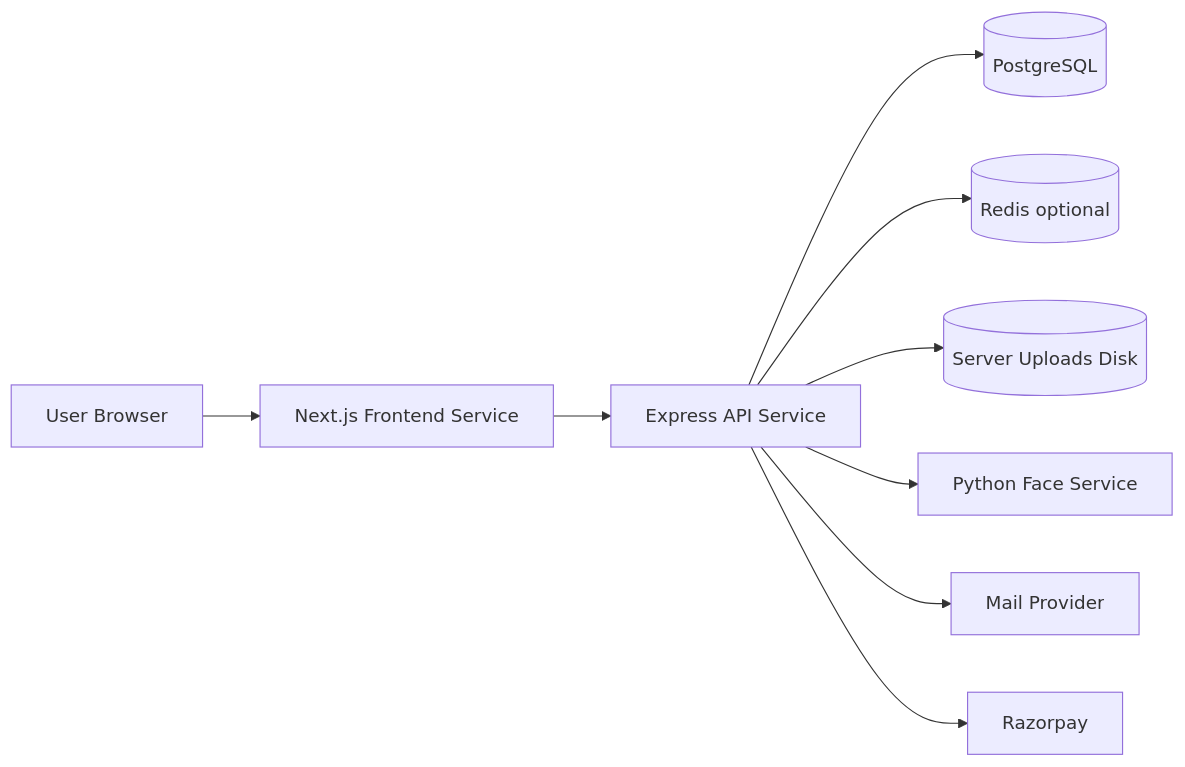
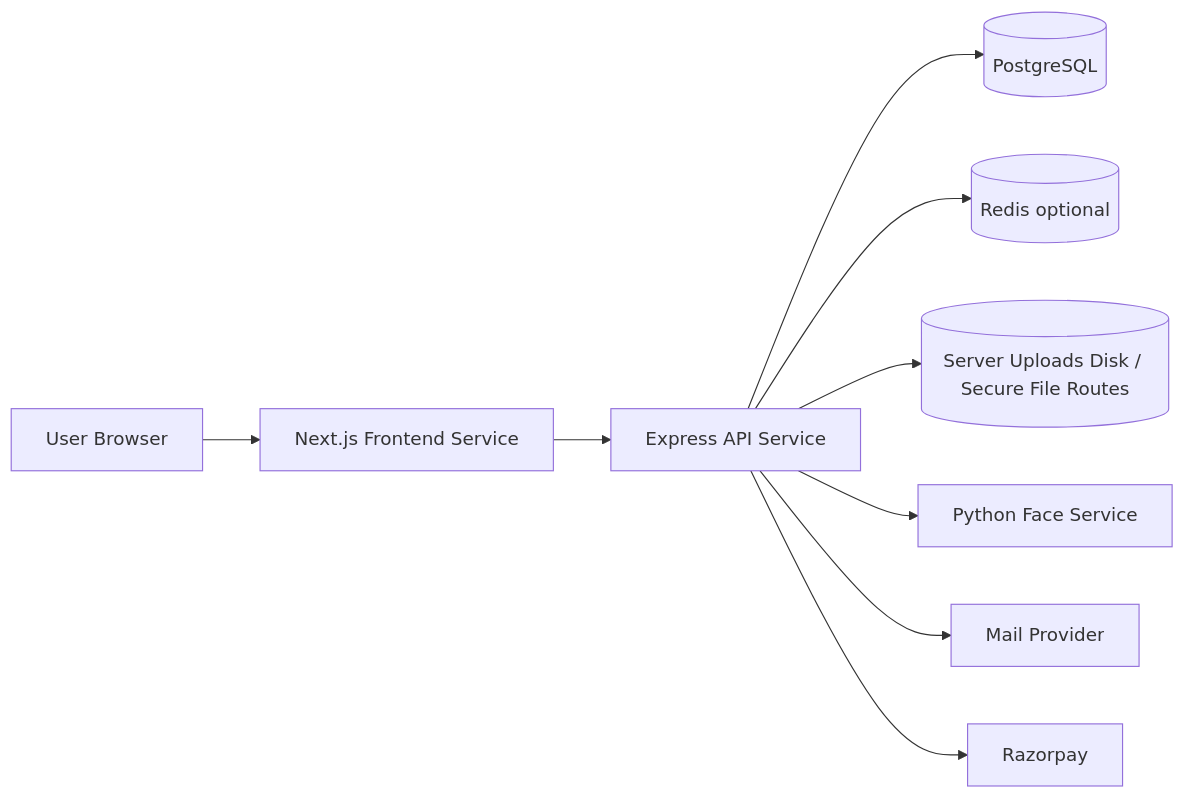
One commit to BillSutra/BillSutra changed the seventh of 7 diagrams in PROJECT_REPORT.md. Above: the diagram before and after it, drawn with Mermaid. The commit also changed other lines of this file and 13 other files, not shown here.

````diff
--- a/PROJECT_REPORT.md
+++ b/PROJECT_REPORT.md
@@ -1602,21 +1605,21 @@
 ```mermaid
 flowchart LR
   Browser[User Browser]
   Next[Next.js Frontend Service]
   Api[Express API Service]
   Pg[(PostgreSQL)]
   Redis[(Redis optional)]
-  Files[(Server Uploads Disk)]
+  Files[(Server Uploads Disk / Secure File Routes)]
   Face[Python Face Service]
   Mail[Mail Provider]
   Pay[Razorpay]
 
   Browser --> Next
   Next --> Api
   Api --> Pg
   Api --> Redis
   Api --> Files
   Api --> Face
   Api --> Mail
   Api --> Pay
 ```
````
